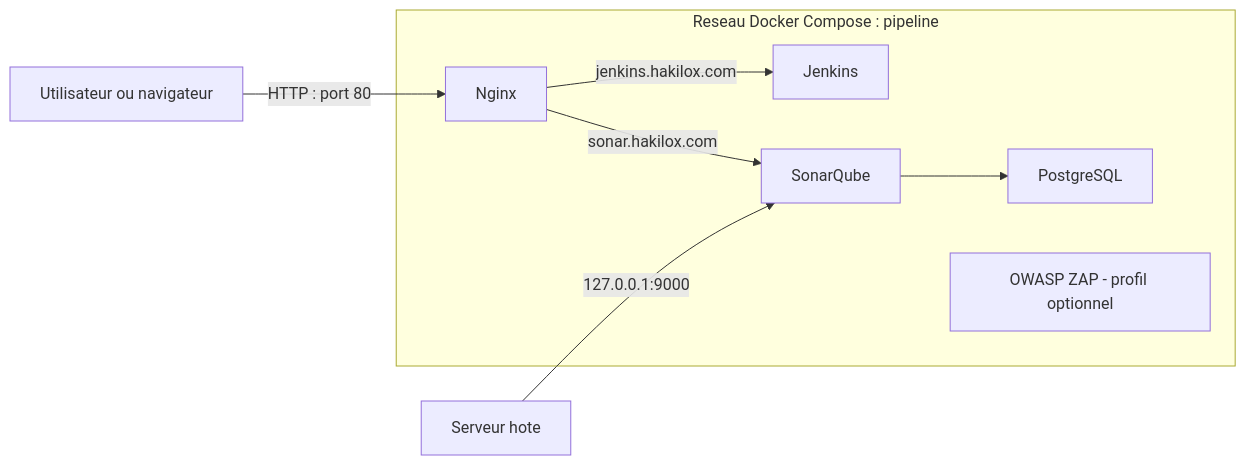
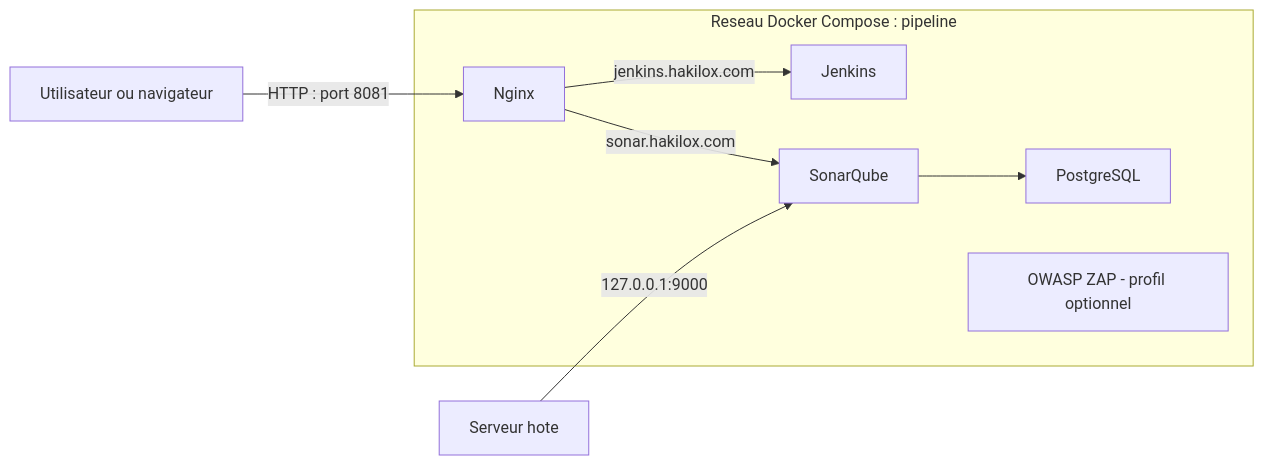
One commit to Drak-01/Docker-security-pipeline changed the diagram in docs/architecture.md. Above: the diagram before and after it, drawn with Mermaid. The commit also changed other lines of this file and 4 other files, not shown here.

Commit message:
change nginx port

````diff
--- a/docs/architecture.md
+++ b/docs/architecture.md
@@ -20,13 +20,13 @@
 ```mermaid
 flowchart LR
-    Client[Utilisateur ou navigateur] -->|HTTP : port 80| Nginx
+    Client[Utilisateur ou navigateur] -->|HTTP : port 8081| Nginx
 
     subgraph Docker[Reseau Docker Compose : pipeline]
         Nginx -->|jenkins.hakilox.com| Jenkins
         Nginx -->|sonar.hakilox.com| SonarQube
         SonarQube --> PostgreSQL
         ZAP[OWASP ZAP - profil optionnel]
     end
 
     Administrateur[Serveur hote] -->|127.0.0.1:9000| SonarQube
 ```
````
